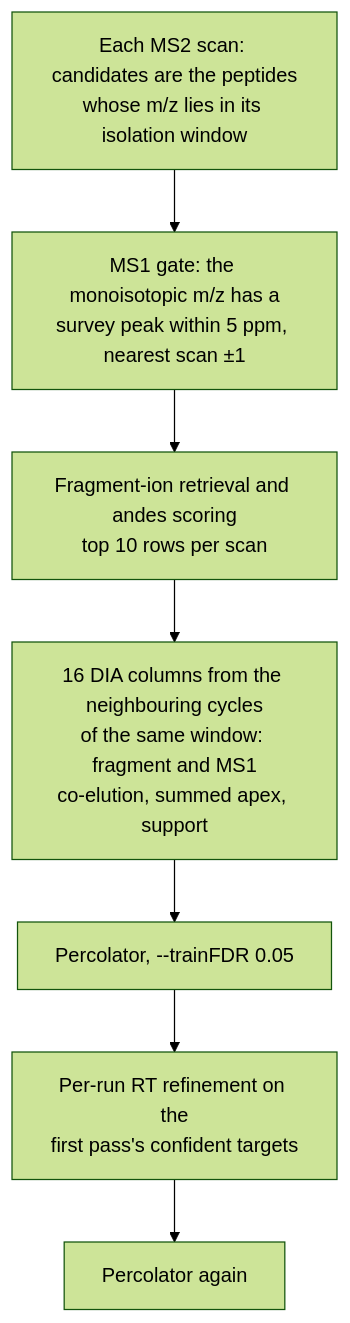
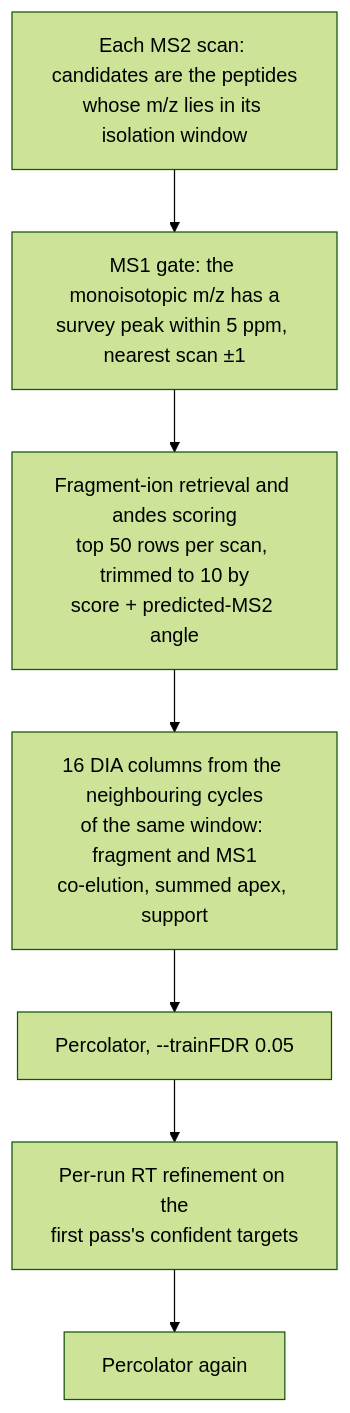
Before and after one commit to bigbio/andes: the diagram in website/pages/features/dia.md, drawn with Mermaid (forest theme). The commit also changed other lines of this file and 5 other files, not shown here.

Commit message:
docs(dia): per-scan re-ranking benchmark (1825 / 1907 at 1% true FDP)

````diff
--- a/website/pages/features/dia.md
+++ b/website/pages/features/dia.md
@@ -14,9 +14,9 @@
 ```mermaid
 flowchart TD
     A["Each MS2 scan: candidates are the peptides<br/>whose m/z lies in its isolation window"] --> B["MS1 gate: the monoisotopic m/z has a<br/>survey peak within 5 ppm, nearest scan ±1"]
-    B --> C["Fragment-ion retrieval and andes scoring<br/>top 10 rows per scan"]
+    B --> C["Fragment-ion retrieval and andes scoring<br/>top 50 rows per scan, trimmed to 10 by<br/>score + predicted-MS2 angle"]
     C --> D["16 DIA columns from the neighbouring cycles<br/>of the same window: fragment and MS1<br/>co-elution, summed apex, support"]
     D --> E["Percolator, --trainFDR 0.05"]
     E --> F["Per-run RT refinement on the<br/>first pass's confident targets"]
     F --> G["Percolator again"]
 ```
````
